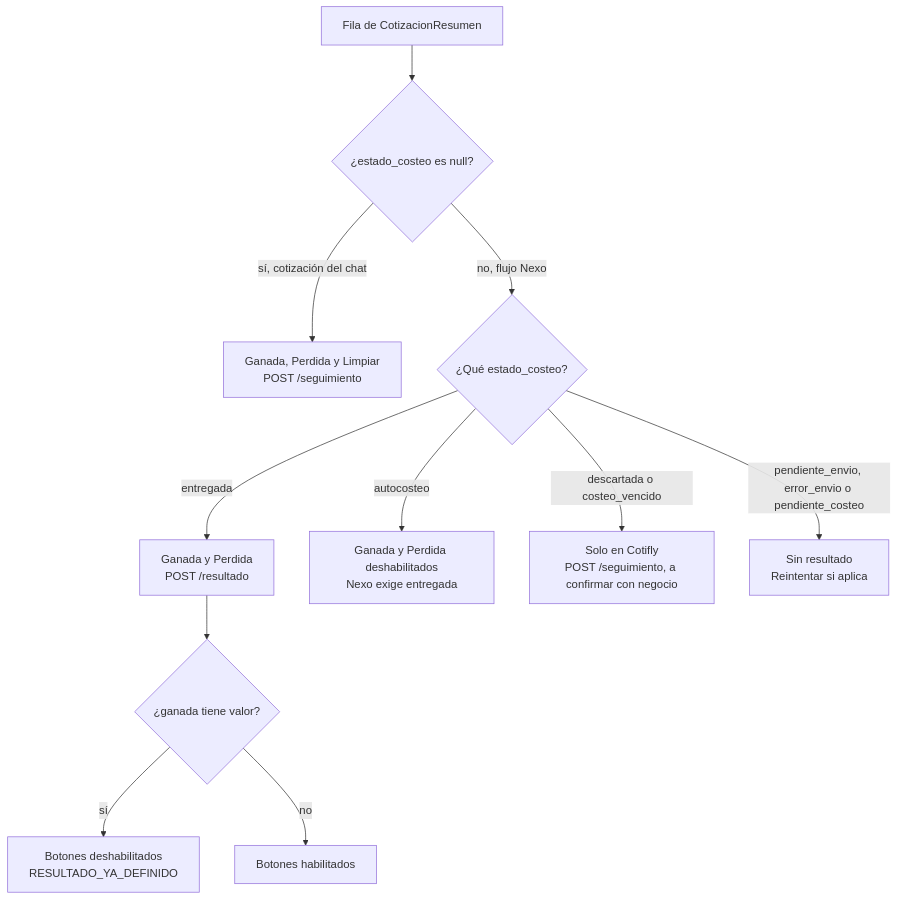
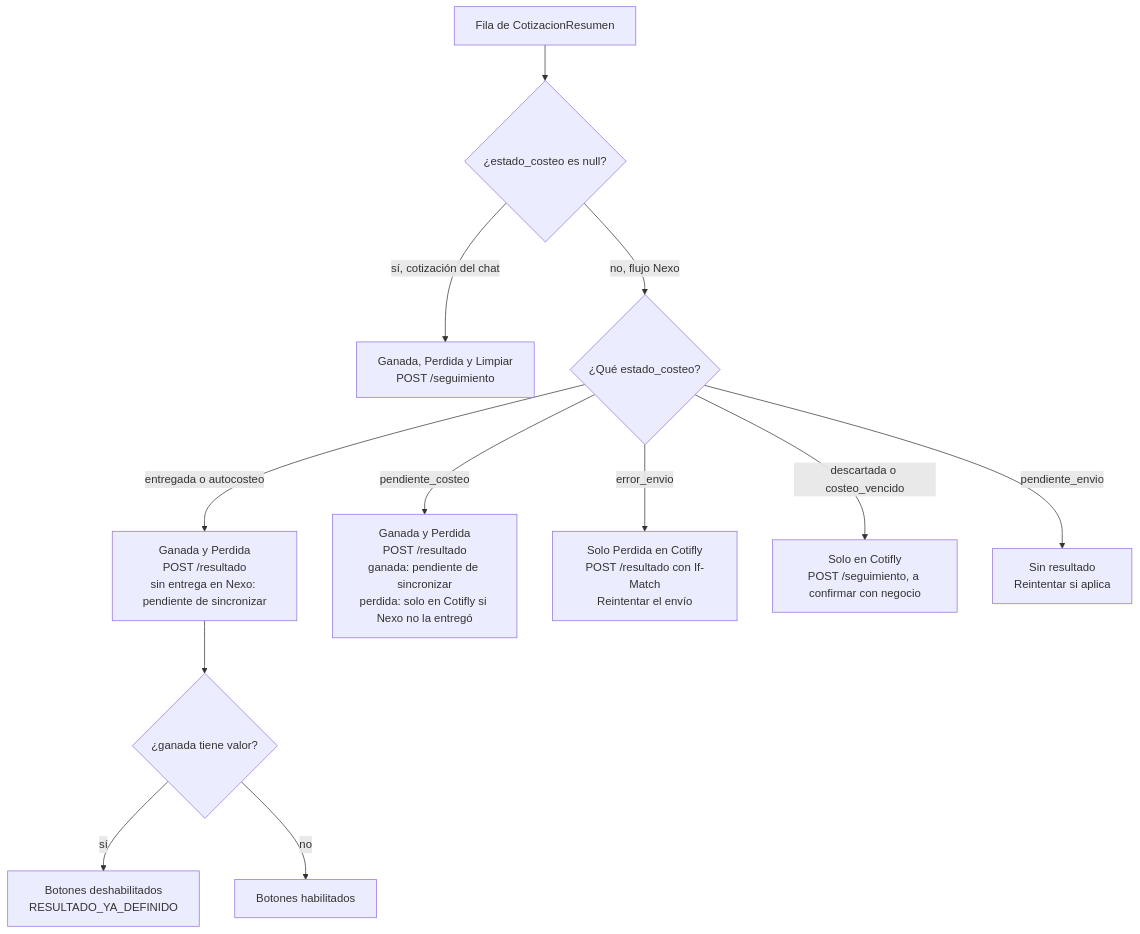
The fifth of 11 diagrams in docs/docs_front/GUIA_FRONTEND_COTIFLY.md (InnovacionIA-proyectos/Cotifly), drawn with Mermaid before and after one commit. The commit also changed other lines of this file and 5 other files, not shown here.

````diff
--- a/docs/docs_front/GUIA_FRONTEND_COTIFLY.md
+++ b/docs/docs_front/GUIA_FRONTEND_COTIFLY.md
@@ -2120,13 +2124,14 @@
 ```mermaid
 flowchart TD
     fila["Fila de CotizacionResumen"] --> tipo{"¿estado_costeo es null?"}
     tipo -- "sí, cotización del chat" --> chat["Ganada, Perdida y Limpiar<br/>POST /seguimiento"]
     tipo -- "no, flujo Nexo" --> est{"¿Qué estado_costeo?"}
-    est -- "entregada" --> res["Ganada y Perdida<br/>POST /resultado"]
-    est -- "autocosteo" --> auto["Ganada y Perdida deshabilitados<br/>Nexo exige entregada"]
+    est -- "entregada o autocosteo" --> res["Ganada y Perdida<br/>POST /resultado<br/>sin entrega en Nexo: pendiente de sincronizar"]
+    est -- "pendiente_costeo" --> pc["Ganada y Perdida<br/>POST /resultado<br/>ganada: pendiente de sincronizar<br/>perdida: solo en Cotifly si Nexo no la entregó"]
+    est -- "error_envio" --> ee["Solo Perdida en Cotifly<br/>POST /resultado con If-Match<br/>Reintentar el envío"]
     est -- "descartada o costeo_vencido" --> loc["Solo en Cotifly<br/>POST /seguimiento, a confirmar con negocio"]
-    est -- "pendiente_envio, error_envio o pendiente_costeo" --> nada["Sin resultado<br/>Reintentar si aplica"]
+    est -- "pendiente_envio" --> nada["Sin resultado<br/>Reintentar si aplica"]
     res --> def{"¿ganada tiene valor?"}
     def -- "sí" --> bloq["Botones deshabilitados<br/>RESULTADO_YA_DEFINIDO"]
     def -- "no" --> hab["Botones habilitados"]
 ```
````
